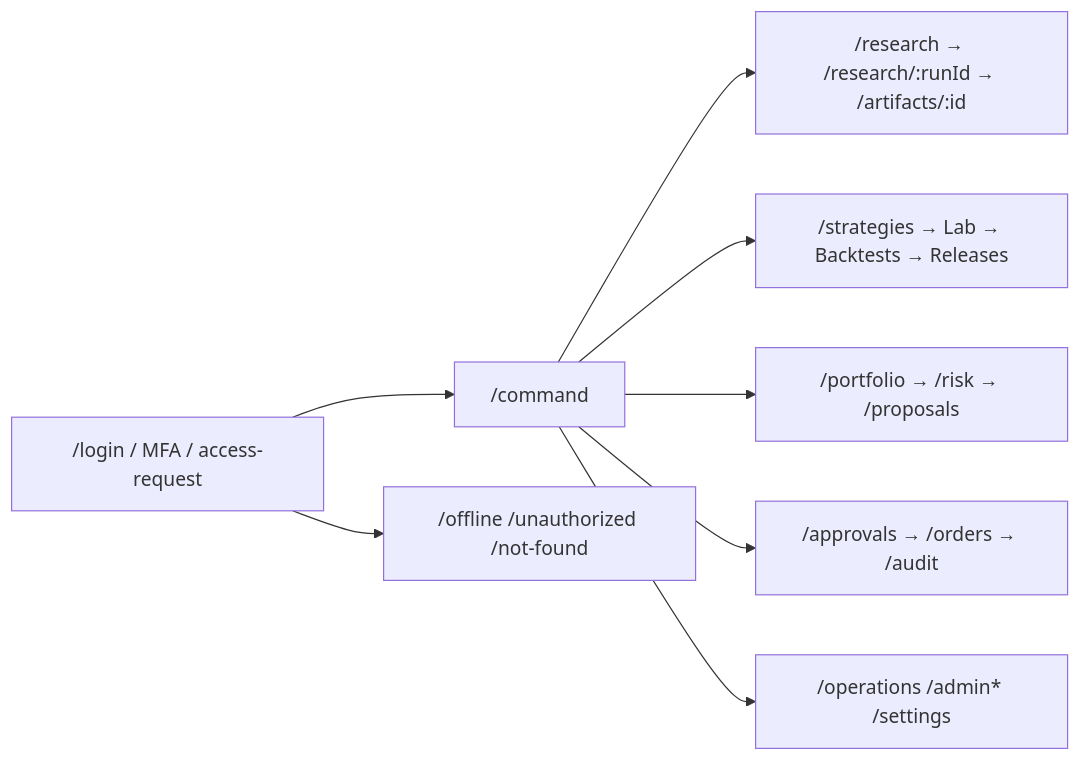
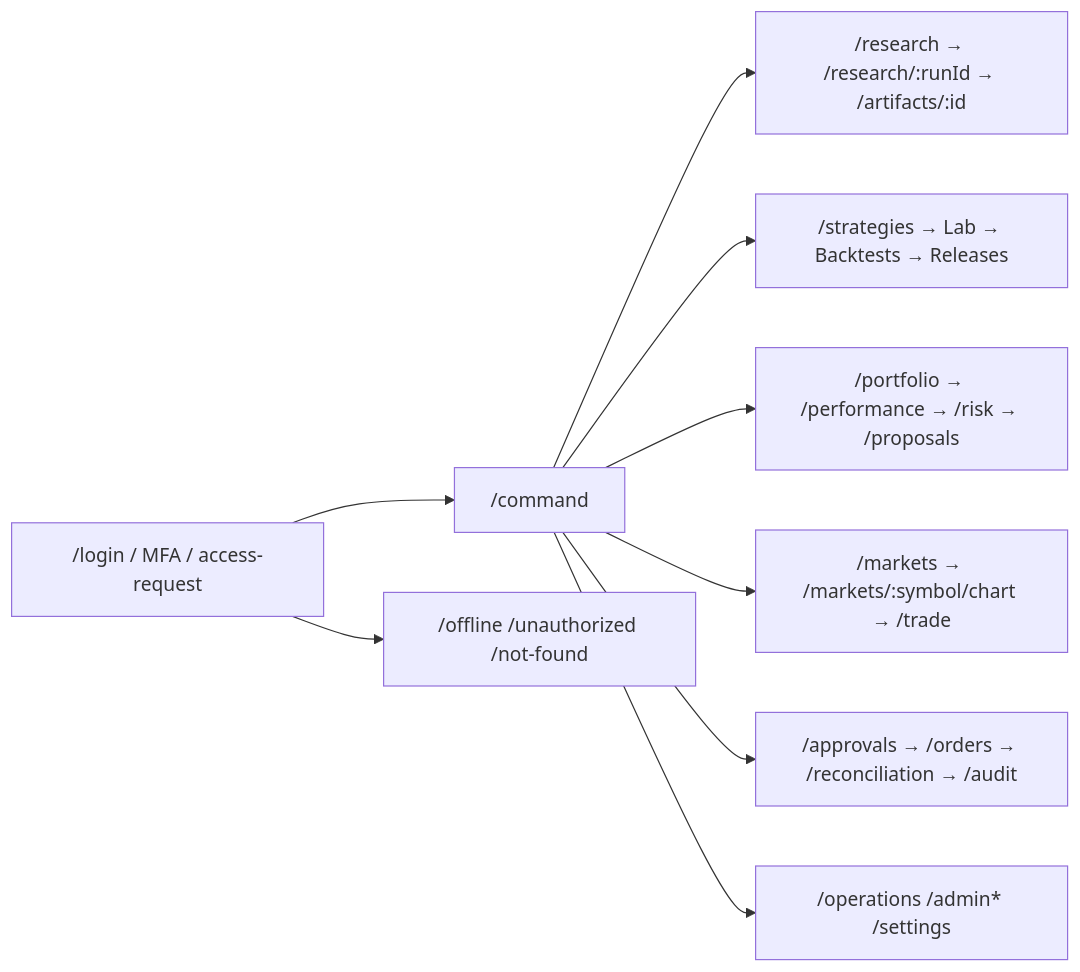
Before and after one commit to SumAlphaAI/QuantOS: the second of 4 diagrams in docs/SumAlpha-QuantOS-Terminal-Frontend-Design-Spec.md, drawn with Mermaid. The commit also changed other lines of this file, not shown here.

````diff
--- a/docs/SumAlpha-QuantOS-Terminal-Frontend-Design-Spec.md
+++ b/docs/SumAlpha-QuantOS-Terminal-Frontend-Design-Spec.md
@@ -109,10 +118,11 @@
 ```mermaid
 flowchart LR
   W["/login / MFA / access-request"] --> C["/command"]
   C --> R["/research → /research/:runId → /artifacts/:id"]
   C --> S["/strategies → Lab → Backtests → Releases"]
-  C --> P["/portfolio → /risk → /proposals"]
-  C --> E["/approvals → /orders → /audit"]
+  C --> P["/portfolio → /performance → /risk → /proposals"]
+  C --> K["/markets → /markets/:symbol/chart → /trade"]
+  C --> E["/approvals → /orders → /reconciliation → /audit"]
   C --> O["/operations /admin* /settings"]
   W --> X["/offline /unauthorized /not-found"]
 ```
````
